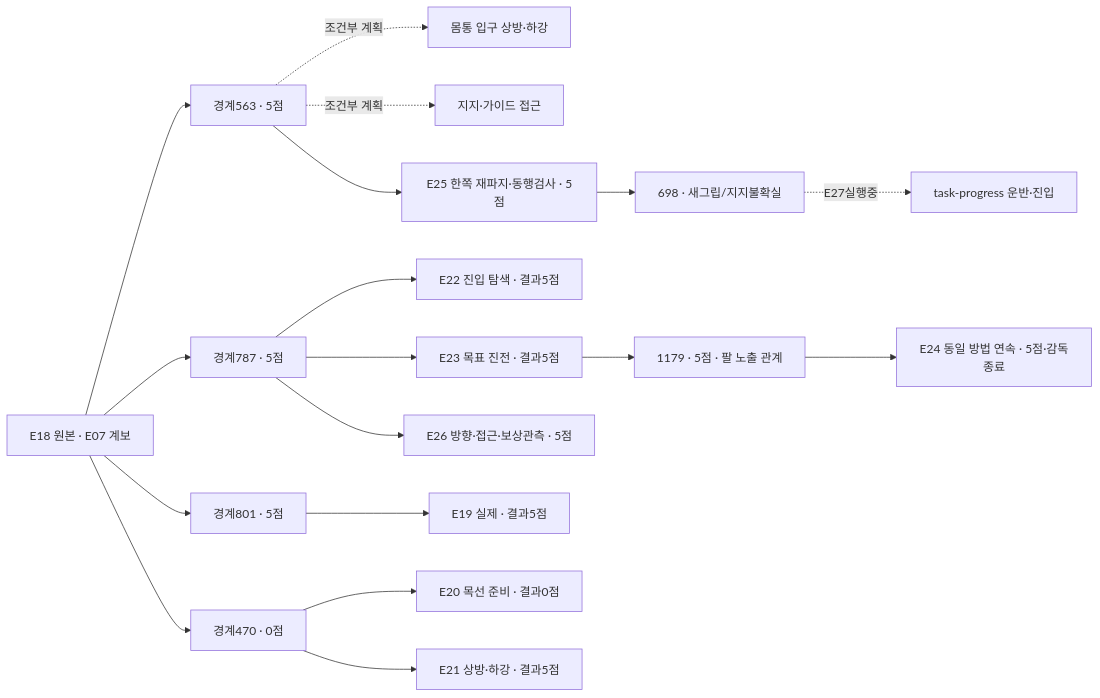
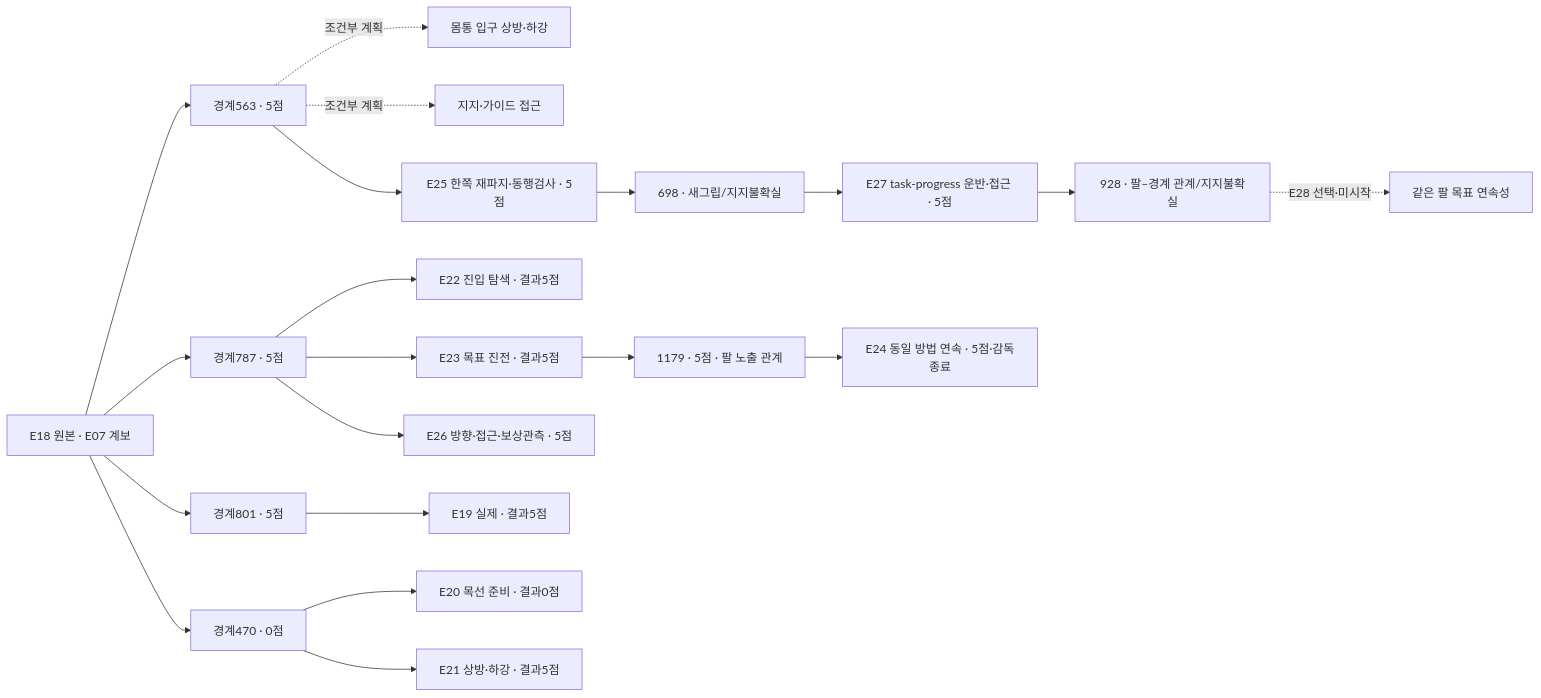
The diagram in docs/collection/catalog/README.ko.md (leonyoon-3dai/PhyRC_2027_phase1), drawn with Mermaid before and after one commit. The commit also changed other lines of this file and 45 other files, not shown here.

````diff
--- a/docs/collection/catalog/README.ko.md
+++ b/docs/collection/catalog/README.ko.md
@@ -27,20 +30,22 @@
 ```mermaid
 flowchart LR
   E18["E18 원본 · E07 계보"] --> P563["경계563 · 5점"]
   E18 --> P787["경계787 · 5점"]
   E18 --> P801["경계801 · 5점"]
   E18 --> P470["경계470 · 0점"]
   P563 -. "조건부 계획" .-> O["몸통 입구 상방·하강"]
   P563 -. "조건부 계획" .-> G["지지·가이드 접근"]
   P801 --> E19["E19 실제 · 결과5점"]
   P470 --> E20["E20 목선 준비 · 결과0점"]
   P470 --> E21["E21 상방·하강 · 결과5점"]
   P787 --> E22["E22 진입 탐색 · 결과5점"]
   P787 --> E23["E23 목표 진전 · 결과5점"]
   E23 --> P1179["1179 · 5점 · 팔 노출 관계"]
   P1179 --> E24["E24 동일 방법 연속 · 5점·감독종료"]
   P563 --> M1["E25 한쪽 재파지·동행검사 · 5점"]
   P787 --> M2["E26 방향·접근·보상관측 · 5점"]
   M1 --> P698["698 · 새그립/지지불확실"]
-  P698 -. "E27실행중" .-> C["task-progress 운반·진입"]
+  P698 --> C["E27 task-progress 운반·접근 · 5점"]
+  C --> P928["928 · 팔–경계 관계/지지불확실"]
+  P928 -. "E28 선택·미시작" .-> S["같은 팔 목표 연속성"]
 ```
````
